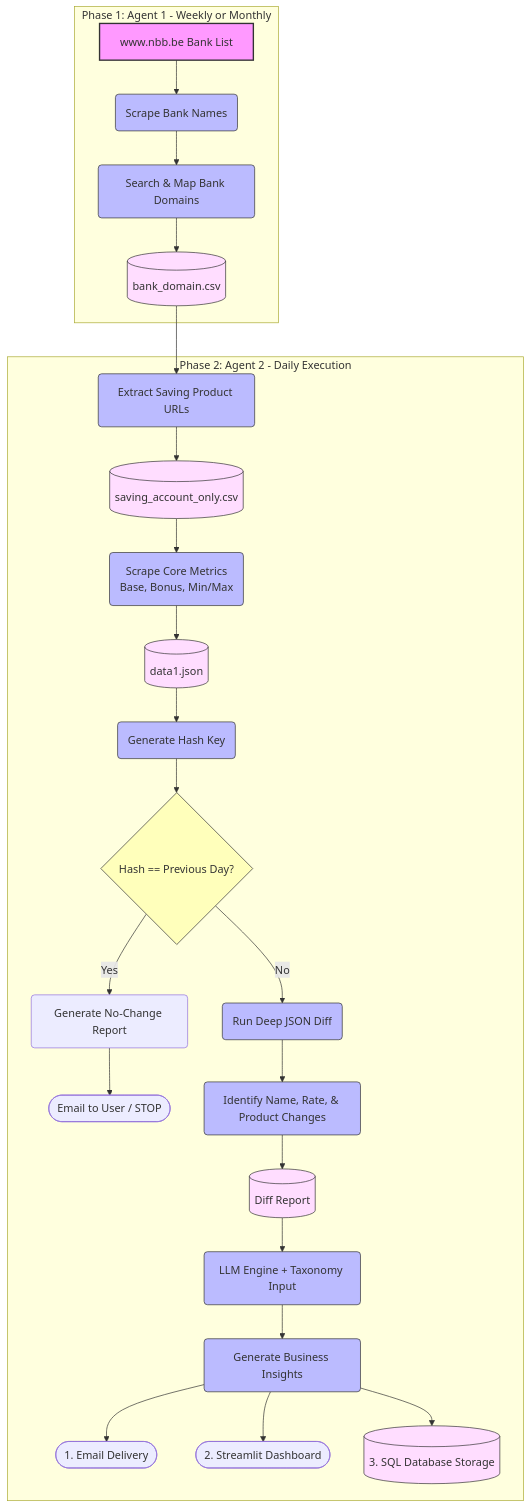
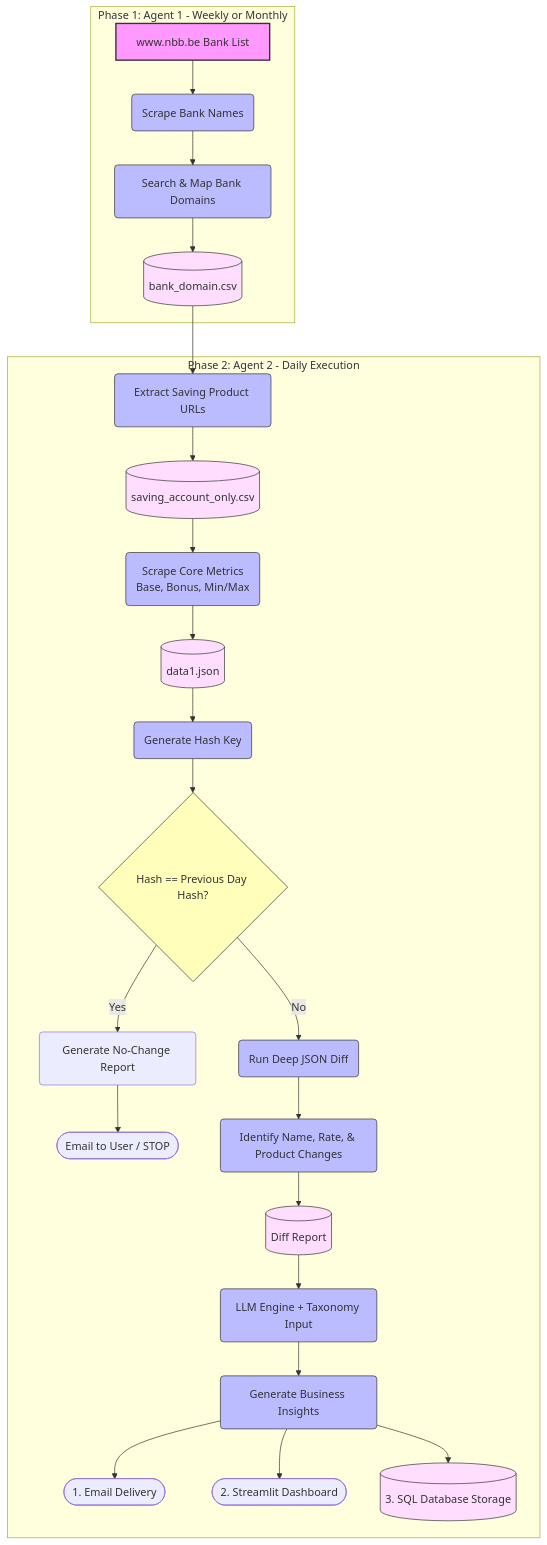
Before and after one commit to jobsnaik23/Mermaid-markdown-practise: the diagram in readme.md, drawn with Mermaid.

Commit message:
Fix typo in decision path description

````diff
--- a/readme.md
+++ b/readme.md
@@ -2,47 +2,47 @@
 ```mermaid
 
 graph TD
     %% Styling
     classDef external fill:#f9f,stroke:#333,stroke-width:2px;
     classDef process fill:#bbf,stroke:#333,stroke-width:1px;
     classDef storage fill:#fdf,stroke:#333,stroke-width:1px;
     classDef decision fill:#ffb,stroke:#333,stroke-width:1px;
     
     %% Phase 1: Agent 1
     subgraph P1 ["Phase 1: Agent 1 - Weekly or Monthly"]
         A[www.nbb.be Bank List] --> B(Scrape Bank Names)
         B --> C(Search & Map Bank Domains)
         C --> D[(bank_domain.csv)]
     end
 
     %% Phase 2: Agent 2
     subgraph P2 ["Phase 2: Agent 2 - Daily Execution"]
         D --> E(Extract Saving Product URLs)
         E --> F[(saving_account_only.csv)]
         F --> G(Scrape Core Metrics <br> Base, Bonus, Min/Max)
         G --> H[(data1.json)]
         H --> I(Generate Hash Key)
-        I --> J{Hash == Previous Day?}
+        I --> J{Hash == Previous Day Hash?}
         
         %% Decision Paths
         J -- Yes --> K(Generate No-Change Report)
         K --> L([Email to User / STOP])
         
         J -- No --> M(Run Deep JSON Diff)
         M --> N(Identify Name, Rate, & Product Changes)
         N --> O[(Diff Report)]
         
         %% LLM & Outputs
         O --> P(LLM Engine + Taxonomy Input)
         P --> Q(Generate Business Insights)
         
         Q --> R([1. Email Delivery])
         Q --> S([2. Streamlit Dashboard])
         Q --> T[(3. SQL Database Storage)]
     end
 
     class A external;
     class B,C,E,G,I,M,N,P,Q process;
     class D,F,H,O,T storage;
     class J decision;
 ```
````
